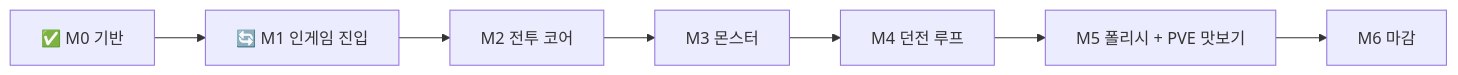
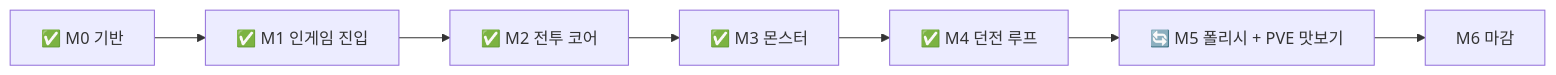
Before and after one commit to SeoBYP/Multiplay-ActionRPG-Unity: the third of 3 diagrams in README.md, drawn with Mermaid. The commit also changed other lines of this file and 3 other files, not shown here.

First line of the commit message:
docs: codemap·gas-architecture·README 를 실제 코드/SO 와 대조 검수

````diff
--- a/README.md
+++ b/README.md
@@ -207,11 +211,11 @@
 ```mermaid
 flowchart LR
     M0["✅ M0 기반"]
-    M1["🔄 M1 인게임 진입"]
-    M2["M2 전투 코어"]
-    M3["M3 몬스터"]
-    M4["M4 던전 루프"]
-    M5["M5 폴리시 + PVE 맛보기"]
+    M1["✅ M1 인게임 진입"]
+    M2["✅ M2 전투 코어"]
+    M3["✅ M3 몬스터"]
+    M4["✅ M4 던전 루프"]
+    M5["🔄 M5 폴리시 + PVE 맛보기"]
     M6["M6 마감"]
     M0 --> M1 --> M2 --> M3 --> M4 --> M5 --> M6
 ```
````
